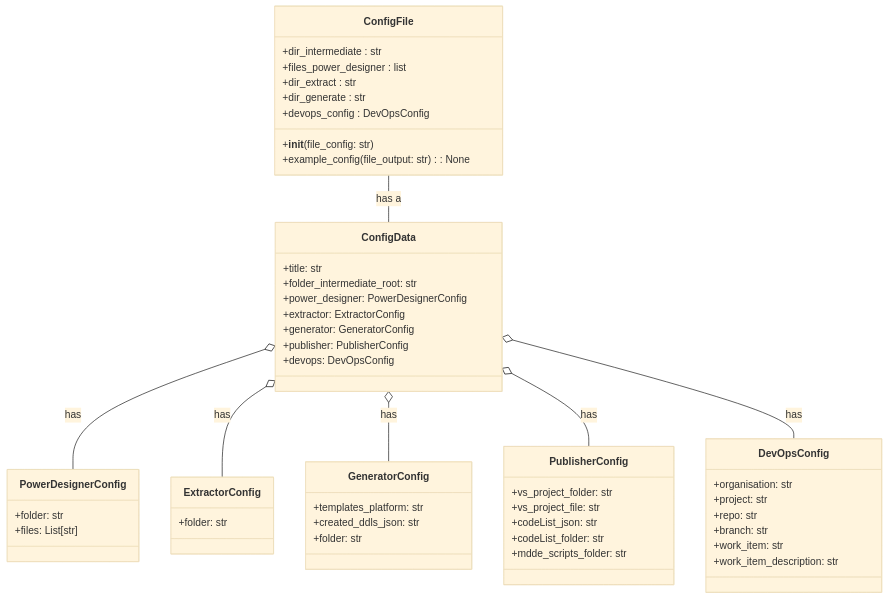
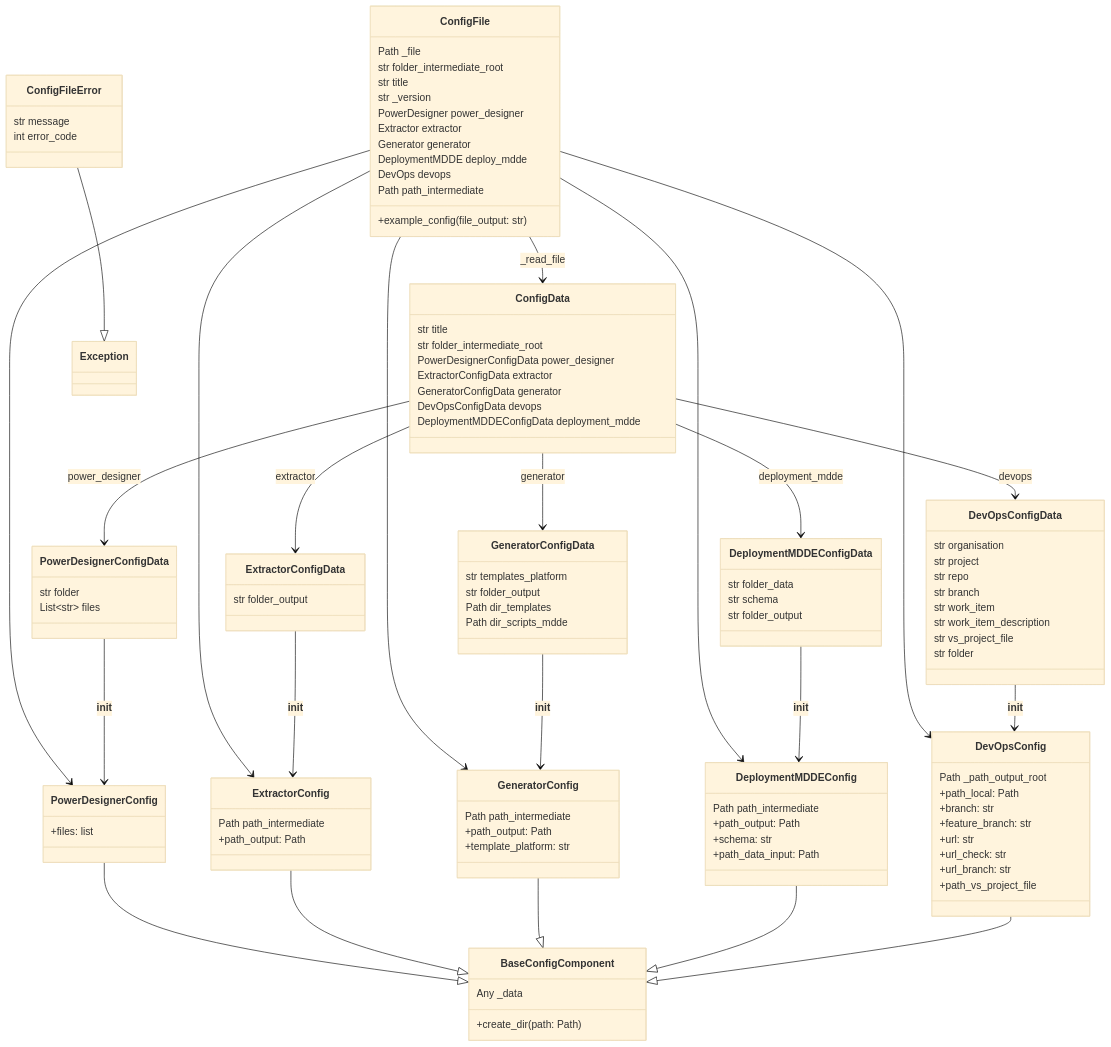
The diagram in etl_templates/docs/Configuration.md (mark-me/temp), drawn with Mermaid (base theme) before and after one commit. The commit also changed other lines of this file and 3 other files, not shown here.

````diff
--- a/etl_templates/docs/Configuration.md
+++ b/etl_templates/docs/Configuration.md
@@ -88,55 +88,116 @@
 ```mermaid
 classDiagram
+    class ConfigFileError {
+        str message
+        int error_code
+    }
+    class PowerDesignerConfigData {
+        str folder
+        List~str~ files
+    }
+    class ExtractorConfigData {
+        str folder_output
+    }
+    class DeploymentMDDEConfigData {
+        str folder_data
+        str schema
+        str folder_output
+    }
+    class GeneratorConfigData {
+        str templates_platform
+        str folder_output
+        Path dir_templates
+        Path dir_scripts_mdde
+    }
+    class DevOpsConfigData {
+        str organisation
+        str project
+        str repo
+        str branch
+        str work_item
+        str work_item_description
+        str vs_project_file
+        str folder
+    }
+    class ConfigData {
+        str title
+        str folder_intermediate_root
+        PowerDesignerConfigData power_designer
+        ExtractorConfigData extractor
+        GeneratorConfigData generator
+        DevOpsConfigData devops
+        DeploymentMDDEConfigData deployment_mdde
+    }
     class ConfigFile {
-        +__init__(file_config: str)
-        +example_config(file_output: str) : None
-        +dir_intermediate : str
-        +files_power_designer : list
-        +dir_extract : str
-        +dir_generate : str
-        +devops_config : DevOpsConfig
+        Path _file
+        str folder_intermediate_root
+        str title
+        str _version
+        PowerDesigner power_designer
+        Extractor extractor
+        Generator generator
+        DeploymentMDDE deploy_mdde
+        DevOps devops
+        Path path_intermediate
+        +example_config(file_output: str)
     }
-    class PowerDesignerConfig{
-        +folder: str
-        +files: List[str]
+    class BaseConfigComponent {
+        Any _data
+        +create_dir(path: Path)
     }
-    class ExtractorConfig{
-        +folder: str
+    class PowerDesignerConfig {
+        +files: list
     }
-    class GeneratorConfig{
-        +templates_platform: str
-        +created_ddls_json: str
-        +folder: str
+    class ExtractorConfig {
+        Path path_intermediate
+        +path_output: Path
     }
-    class PublisherConfig{
-        +vs_project_folder: str
-        +vs_project_file: str
-        +codeList_json: str
-        +codeList_folder: str
-        +mdde_scripts_folder: str
+    class GeneratorConfig {
+        Path path_intermediate
+        +path_output: Path
+        +template_platform: str
     }
-    class DevOpsConfig{
-        +organisation: str
-        +project: str
-        +repo: str
+    class DeploymentMDDEConfig {
+        Path path_intermediate
+        +path_output: Path
+        +schema: str
+        +path_data_input: Path
+    }
+    class DevOpsConfig {
+        Path _path_output_root
+        +path_local: Path
         +branch: str
-        +work_item: str
-        +work_item_description: str
-    }
-    class ConfigData{
-        +title: str
-        +folder_intermediate_root: str
-        +power_designer: PowerDesignerConfig
-        +extractor: ExtractorConfig
-        +generator: GeneratorConfig
-        +publisher: PublisherConfig
-        +devops: DevOpsConfig
+        +feature_branch: str
+        +url: str
+        +url_check: str
+        +url_branch: str
+        +path_vs_project_file
     }
 
-    ConfigFile -- ConfigData : has a
-    ConfigData o-- PowerDesignerConfig : has
-    ConfigData o-- ExtractorConfig : has
-    ConfigData o-- GeneratorConfig : has
-    ConfigData o-- PublisherConfig : has
-    ConfigData o-- DevOpsConfig : has
+    ConfigData --> PowerDesignerConfigData : power_designer
+    ConfigData --> ExtractorConfigData : extractor
+    ConfigData --> GeneratorConfigData : generator
+    ConfigData --> DevOpsConfigData : devops
+    ConfigData --> DeploymentMDDEConfigData : deployment_mdde
+
+    ConfigFile --> PowerDesignerConfig
+    ConfigFile --> ExtractorConfig
+    ConfigFile --> GeneratorConfig
+    ConfigFile --> DeploymentMDDEConfig
+    ConfigFile --> DevOpsConfig
+    ConfigFile --> ConfigData : _read_file
+
+    PowerDesignerConfigData --> PowerDesignerConfig : __init__
+    ExtractorConfigData --> ExtractorConfig : __init__
+    GeneratorConfigData --> GeneratorConfig : __init__
+    DeploymentMDDEConfigData --> DeploymentMDDEConfig : __init__
+    DevOpsConfigData --> DevOpsConfig : __init__
+
+    PowerDesignerConfig --|> BaseConfigComponent
+    ExtractorConfig --|> BaseConfigComponent
+    GeneratorConfig --|> BaseConfigComponent
+    DeploymentMDDEConfig --|> BaseConfigComponent
+    DevOpsConfig --|> BaseConfigComponent
+
+    ConfigFileError --|> Exception
 ```
````
